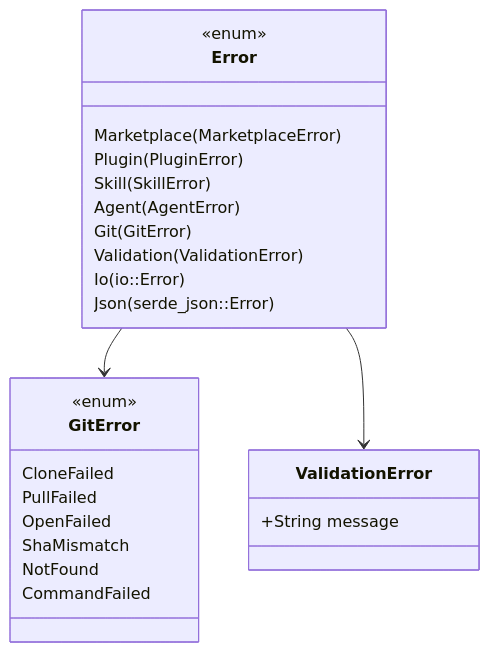
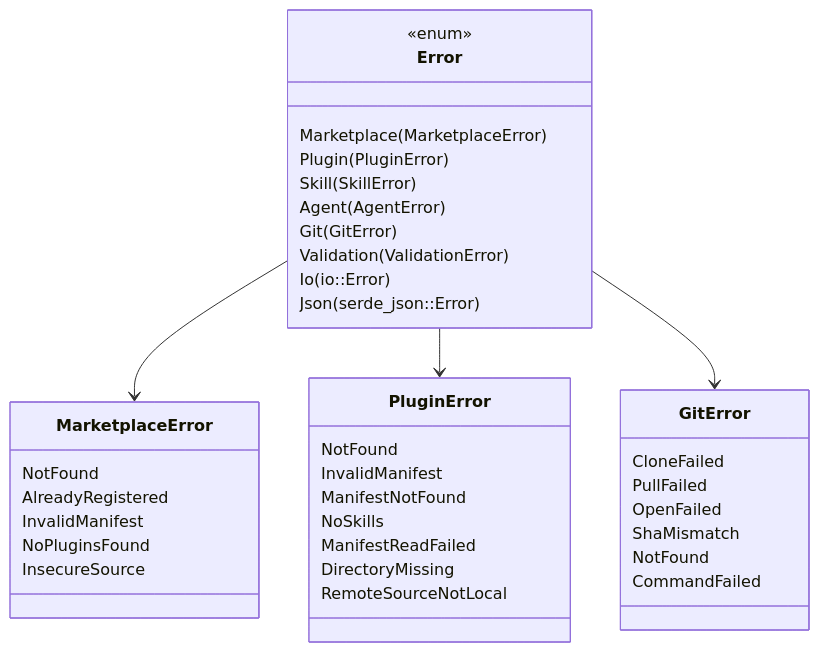
Before and after one commit to dwalleck/kiro-control-center: the second of 2 diagrams in .agents/summary/data_models.md, drawn with Mermaid. The commit also changed other lines of this file and 9 other files, not shown here.

````diff
--- a/.agents/summary/data_models.md
+++ b/.agents/summary/data_models.md
@@ -234,31 +160,45 @@
 ```mermaid
 classDiagram
     class Error {
         <<enum>>
         Marketplace(MarketplaceError)
         Plugin(PluginError)
         Skill(SkillError)
         Agent(AgentError)
         Git(GitError)
         Validation(ValidationError)
         Io(io::Error)
         Json(serde_json::Error)
     }
 
+    class MarketplaceError {
+        NotFound
+        AlreadyRegistered
+        InvalidManifest
+        NoPluginsFound
+        InsecureSource
+    }
+
+    class PluginError {
+        NotFound
+        InvalidManifest
+        ManifestNotFound
+        NoSkills
+        ManifestReadFailed
+        DirectoryMissing
+        RemoteSourceNotLocal
+    }
+
     class GitError {
-        <<enum>>
         CloneFailed
         PullFailed
         OpenFailed
         ShaMismatch
         NotFound
         CommandFailed
     }
 
-    class ValidationError {
-        +String message
-    }
-
+    Error --> MarketplaceError
+    Error --> PluginError
     Error --> GitError
-    Error --> ValidationError
 ```
````
